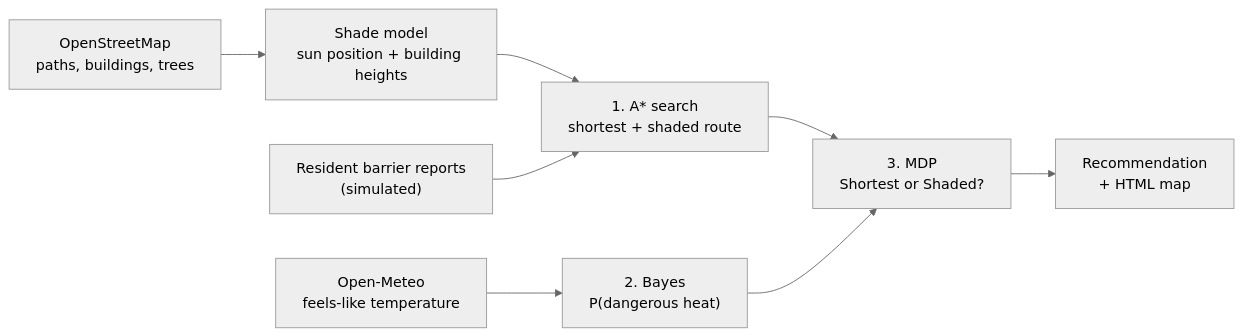
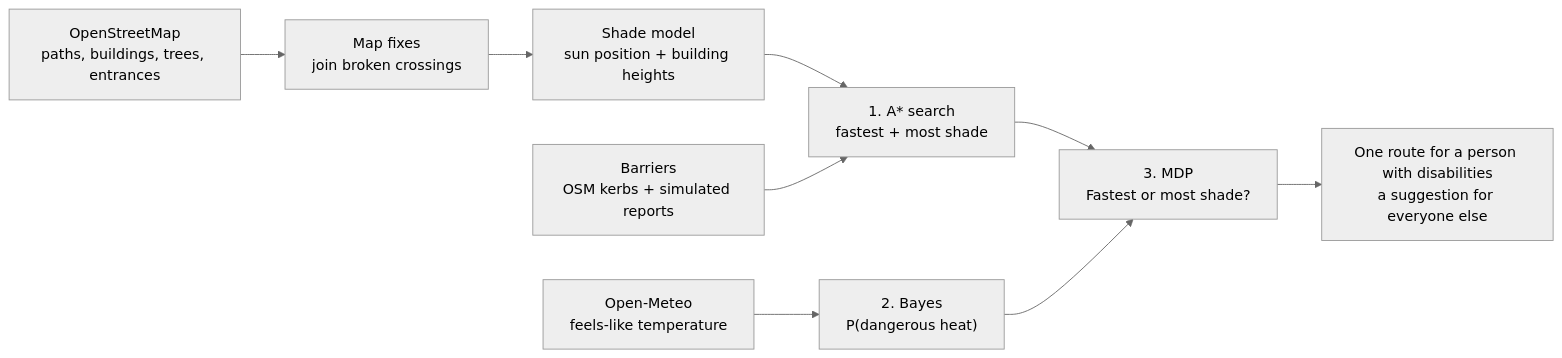
One commit to Akanov-Kanta/saya changed the diagram in README.md. Above: the diagram before and after it, drawn with Mermaid (neutral theme). The commit also changed other lines of this file and 18 other files, not shown here.

````diff
--- a/README.md
+++ b/README.md
@@ -42,10 +45,11 @@
 ```mermaid
 flowchart LR
-    OSM["OpenStreetMap<br/>paths, buildings, trees"] --> SH["Shade model<br/>sun position + building heights"]
-    SH --> A["1. A* search<br/>shortest + shaded route"]
-    BR["Resident barrier reports<br/>(simulated)"] --> A
+    OSM["OpenStreetMap<br/>paths, buildings, trees, entrances"] --> FIX["Map fixes<br/>join broken crossings"]
+    FIX --> SH["Shade model<br/>sun position + building heights"]
+    SH --> A["1. A* search<br/>fastest + most shade"]
+    BR["Barriers<br/>OSM kerbs + simulated reports"] --> A
     W["Open-Meteo<br/>feels-like temperature"] --> B["2. Bayes<br/>P(dangerous heat)"]
-    A --> M["3. MDP<br/>Shortest or Shaded?"]
+    A --> M["3. MDP<br/>Fastest or most shade?"]
     B --> M
-    M --> R["Recommendation<br/>+ HTML map"]
+    M --> R["One route for a person with disabilities<br/>a suggestion for everyone else"]
 ```
````
